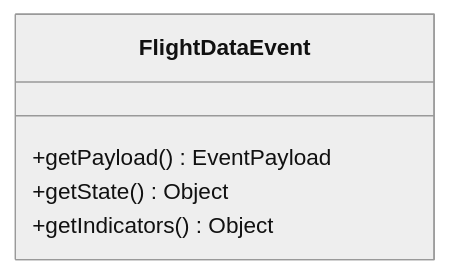
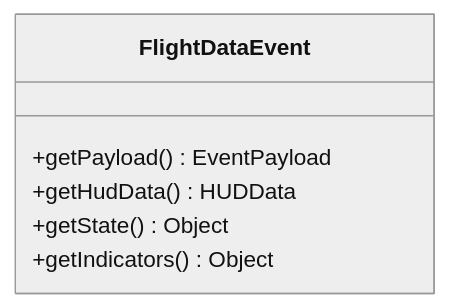
Before and after one commit to matrixsukhoi/voidmei: the fifth of 5 diagrams in doc/voidmei贡献者开发手册.md, drawn with Mermaid (neutral theme). The commit also changed other lines of this file and 5 other files, not shown here.

````diff
--- a/doc/voidmei贡献者开发手册.md
+++ b/doc/voidmei贡献者开发手册.md
@@ -309,8 +393,9 @@
 ```mermaid
 classDiagram
     class FlightDataEvent {
       +getPayload() EventPayload
+      +getHudData() HUDData
       +getState() Object
       +getIndicators() Object
     }
 ```
````
